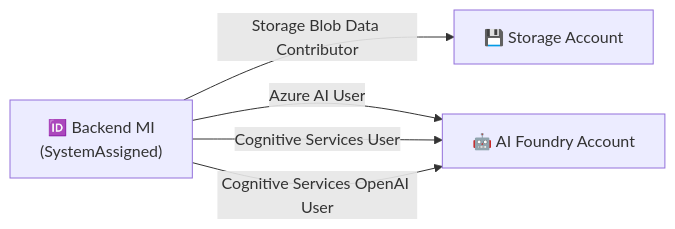
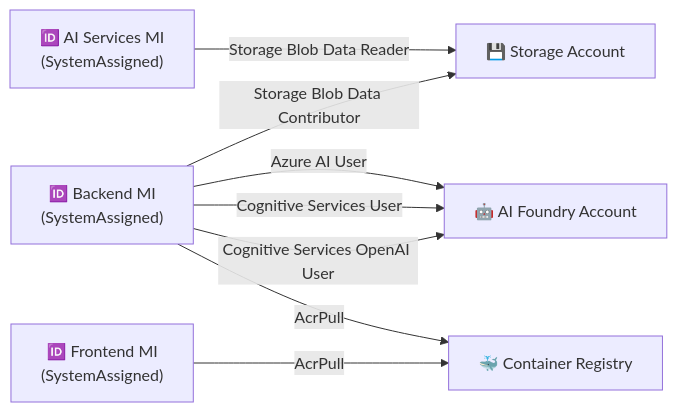
One commit to 0ht/meeting-minutes-agent changed the fourth of 6 diagrams in docs/architecture.md. Above: the diagram before and after it, drawn with Mermaid. The commit also changed other lines of this file and 41 other files, not shown here.

````diff
--- a/docs/architecture.md
+++ b/docs/architecture.md
@@ -253,12 +309,18 @@
 ```mermaid
 flowchart LR
     BE_MI["🆔 Backend MI<br/>(SystemAssigned)"]
+    FE_MI["🆔 Frontend MI<br/>(SystemAssigned)"]
+    AIF_MI["🆔 AI Services MI<br/>(SystemAssigned)"]
 
     ST["💾 Storage Account"]
     AIF["🤖 AI Foundry Account"]
+    ACR["🐳 Container Registry"]
 
     BE_MI -->|Storage Blob Data Contributor| ST
     BE_MI -->|Azure AI User| AIF
     BE_MI -->|Cognitive Services User| AIF
     BE_MI -->|Cognitive Services OpenAI User| AIF
+    BE_MI -->|AcrPull| ACR
+    FE_MI -->|AcrPull| ACR
+    AIF_MI -->|Storage Blob Data Reader| ST
 ```
````
